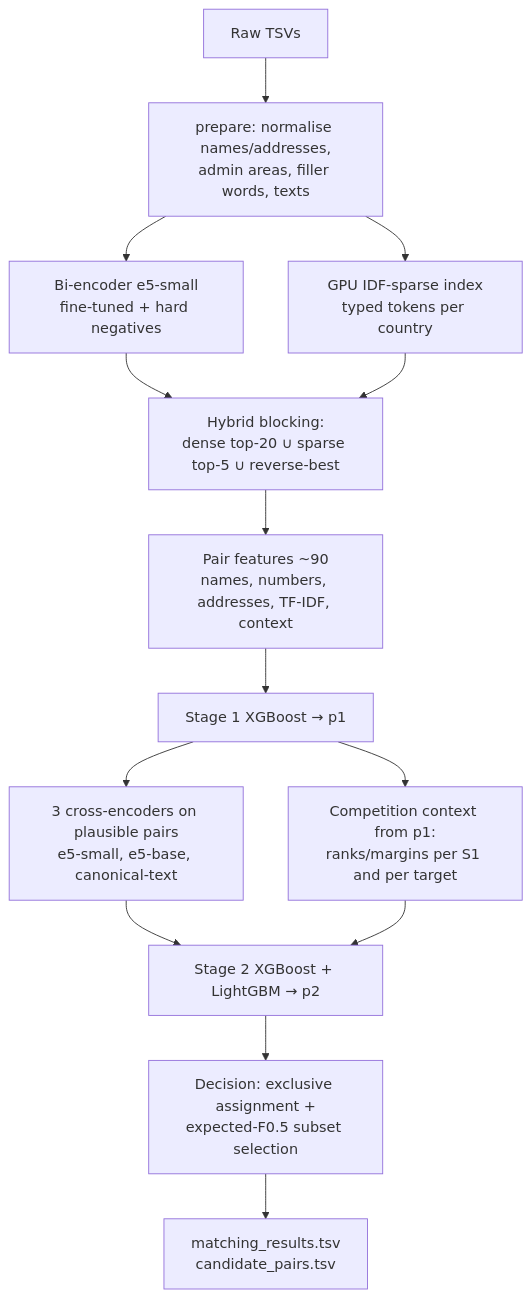
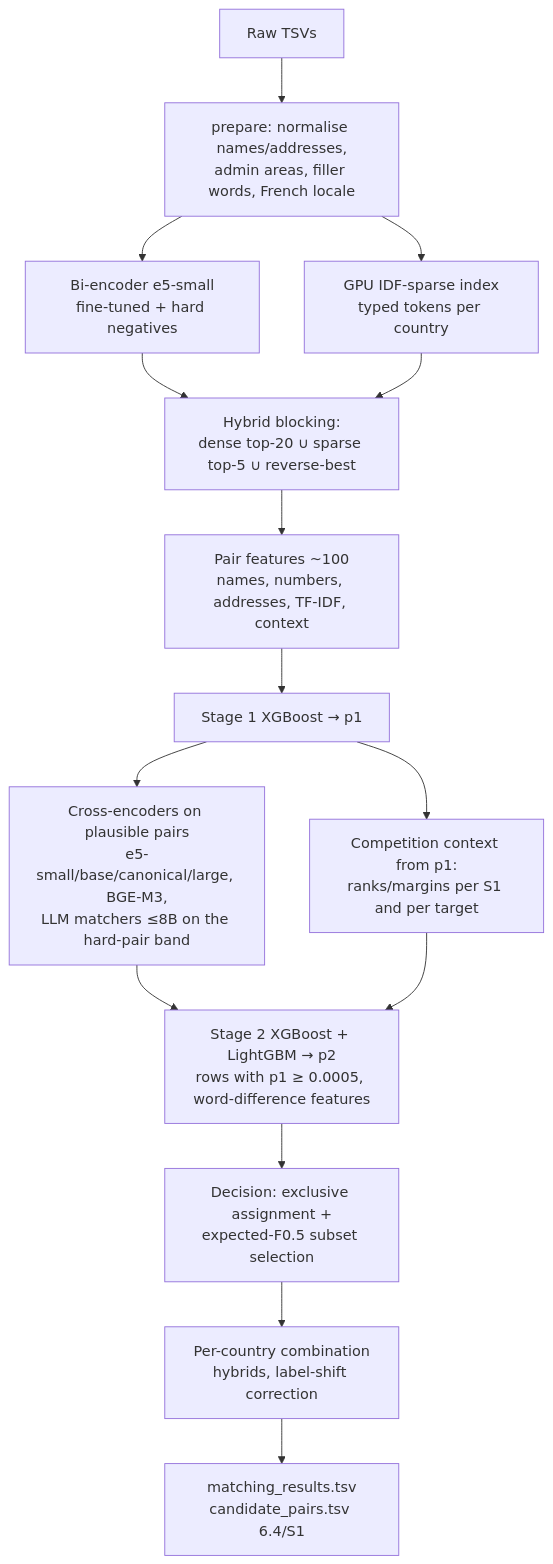
Before and after one commit to Kartavya728/business-entity-linking-engine: the diagram in architecture.md, drawn with Mermaid. The commit also changed other lines of this file and 31 other files, not shown here.

First line of the commit message:
Large field-structured CE, <=8B LLM matchers (LoRA, hard-pair band), label-shift combination, DGX scripts and run guide

````diff
--- a/architecture.md
+++ b/architecture.md
@@ -45,16 +68,17 @@
 ```mermaid
 flowchart TD
-    A[Raw TSVs] --> B[prepare: normalise names/addresses,<br/>admin areas, filler words, texts]
+    A[Raw TSVs] --> B[prepare: normalise names/addresses,<br/>admin areas, filler words, French locale]
     B --> C[Bi-encoder e5-small<br/>fine-tuned + hard negatives]
     B --> D[GPU IDF-sparse index<br/>typed tokens per country]
     C --> E[Hybrid blocking:<br/>dense top-20 ∪ sparse top-5 ∪ reverse-best]
     D --> E
-    E --> F[Pair features ~90<br/>names, numbers, addresses, TF-IDF, context]
+    E --> F[Pair features ~100<br/>names, numbers, addresses, TF-IDF, context]
     F --> G[Stage 1 XGBoost → p1]
-    G --> H[3 cross-encoders on plausible pairs<br/>e5-small, e5-base, canonical-text]
+    G --> H[Cross-encoders on plausible pairs<br/>e5-small/base/canonical/large, BGE-M3,<br/>LLM matchers ≤8B on the hard-pair band]
     G --> I[Competition context from p1:<br/>ranks/margins per S1 and per target]
-    H --> J[Stage 2 XGBoost + LightGBM → p2]
+    H --> J[Stage 2 XGBoost + LightGBM → p2<br/>rows with p1 ≥ 0.0005, word-difference features]
     I --> J
     J --> K[Decision: exclusive assignment +<br/>expected-F0.5 subset selection]
-    K --> L[matching_results.tsv<br/>candidate_pairs.tsv]
+    K --> L[Per-country combination<br/>hybrids, label-shift correction]
+    L --> M[matching_results.tsv<br/>candidate_pairs.tsv 6.4/S1]
 ```
````
